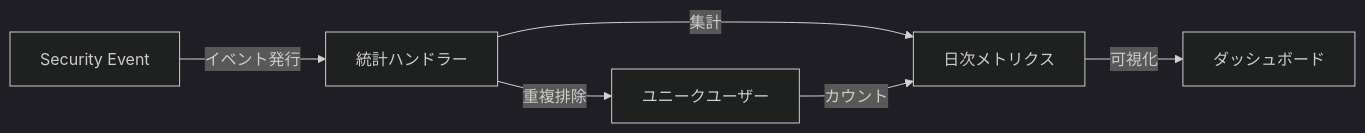
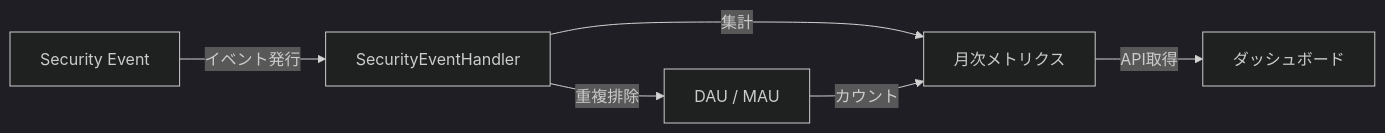
The first of 6 diagrams in documentation/docs/content_03_concepts/concept-22-tenant-statistics.md (hirokazu-kobayashi-koba-hiro/idp-server), drawn with Mermaid (dark theme) before and after one commit. The commit also changed other lines of this file and 30 other files, not shown here.

First line of the commit message:
feat: Redesign statistics to monthly-based with cumulative MAU

````diff
--- a/documentation/docs/content_03_concepts/concept-22-tenant-statistics.md
+++ b/documentation/docs/content_03_concepts/concept-22-tenant-statistics.md
@@ -9,8 +9,8 @@
 ```mermaid
 flowchart LR
-    SE[Security Event] -->|イベント発行| HANDLER[統計ハンドラー]
-    HANDLER -->|集計| METRICS[日次メトリクス]
-    HANDLER -->|重複排除| DAU[ユニークユーザー]
-    METRICS -->|可視化| DASHBOARD[ダッシュボード]
-    DAU -->|カウント| METRICS
+    SE[Security Event] -->|イベント発行| HANDLER[SecurityEventHandler]
+    HANDLER -->|集計| MONTHLY[月次メトリクス]
+    HANDLER -->|重複排除| DAU[DAU / MAU]
+    MONTHLY -->|API取得| DASHBOARD[ダッシュボード]
+    DAU -->|カウント| MONTHLY
 ```
````
